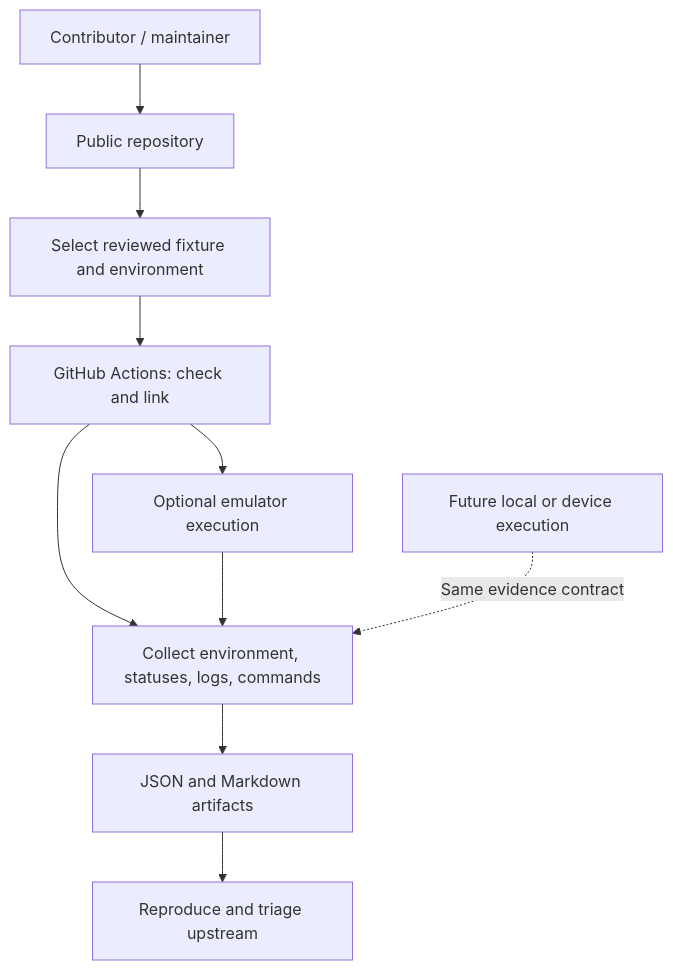
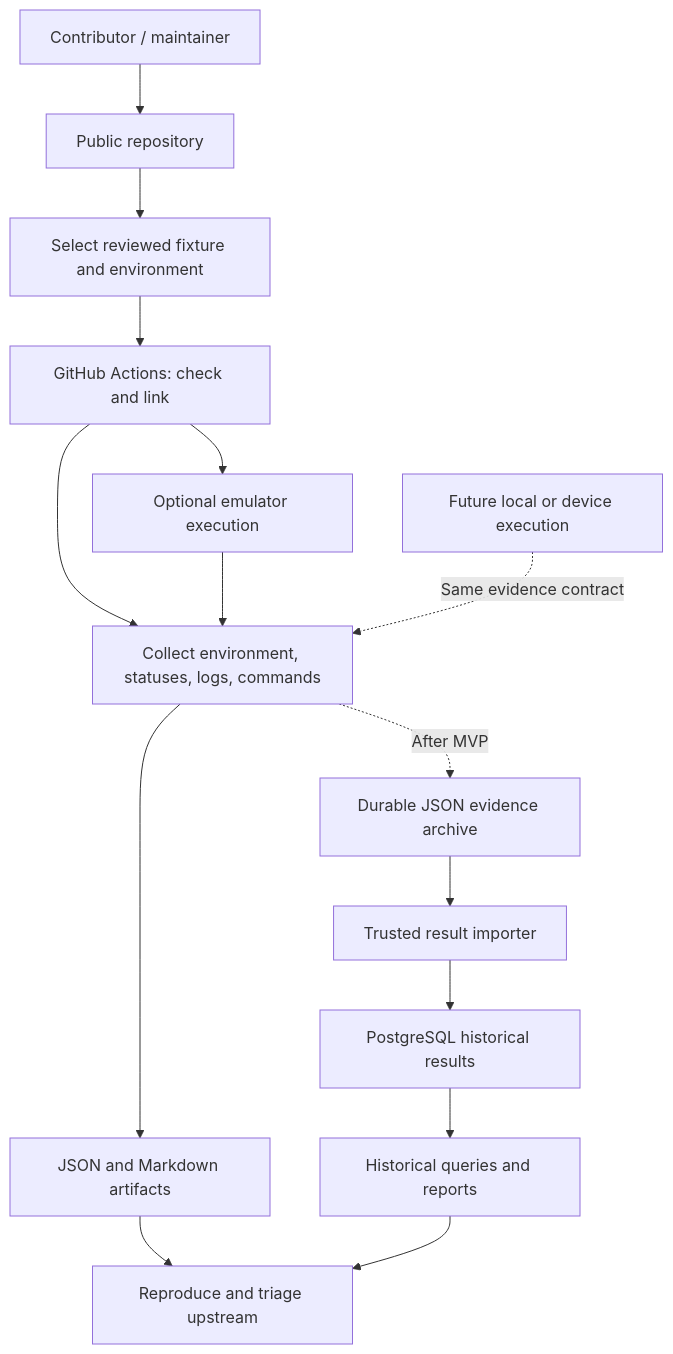
The diagram in docs/high-level-design.md (rust-on-ohos/ohos-rs-pulse), drawn with Mermaid before and after one commit. The commit also changed other lines of this file and 1 other file, not shown here.

Commit message:
docs: clarify project scope and storage roadmap

````diff
--- a/docs/high-level-design.md
+++ b/docs/high-level-design.md
@@ -51,12 +56,17 @@
 ```mermaid
 flowchart TD
   Contributor[Contributor / maintainer] --> Repo[Public repository]
   Repo --> Plan[Select reviewed fixture and environment]
   Plan --> Build[GitHub Actions: check and link]
   Build --> Runtime[Optional emulator execution]
   Build --> Evidence[Collect environment, statuses, logs, commands]
   Runtime --> Evidence
   Evidence --> Report[JSON and Markdown artifacts]
   Report --> Review[Reproduce and triage upstream]
+  Evidence -. After MVP .-> Archive[Durable JSON evidence archive]
+  Archive --> Import[Trusted result importer]
+  Import --> History[PostgreSQL historical results]
+  History --> Query[Historical queries and reports]
+  Query --> Review
   Future[Future local or device execution] -. Same evidence contract .-> Evidence
 ```
````
